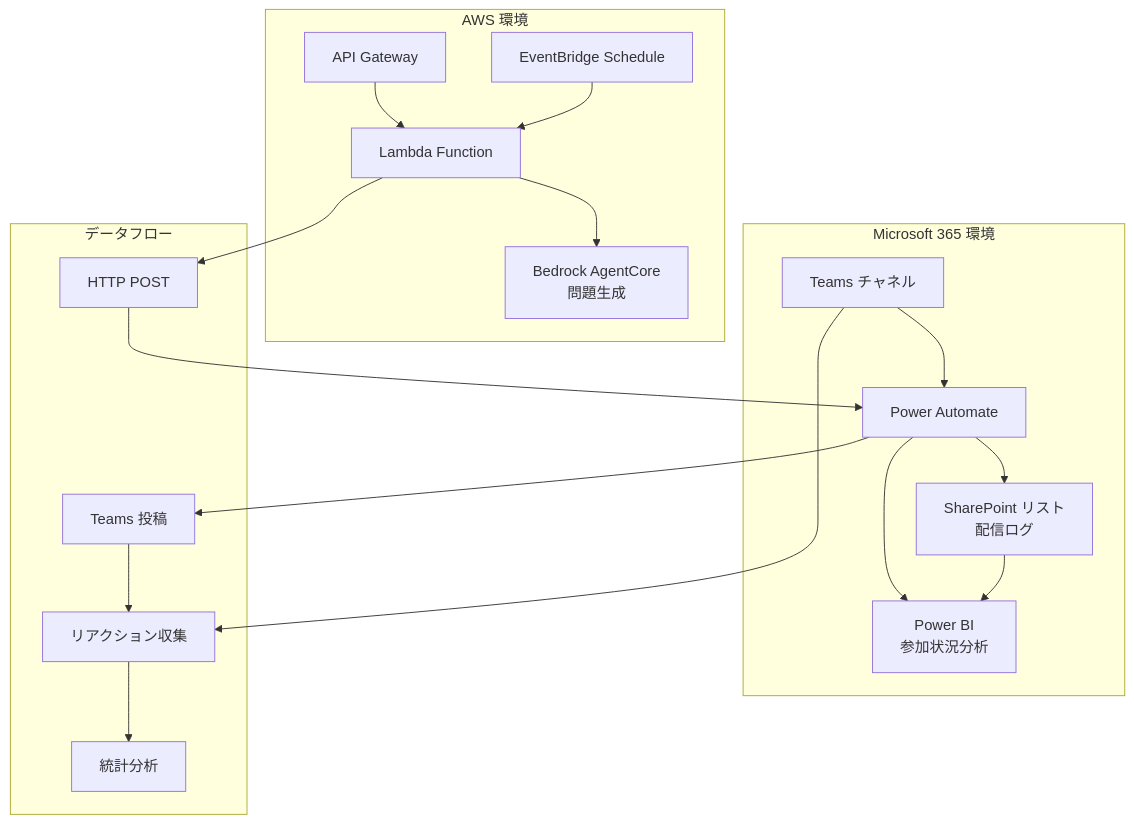
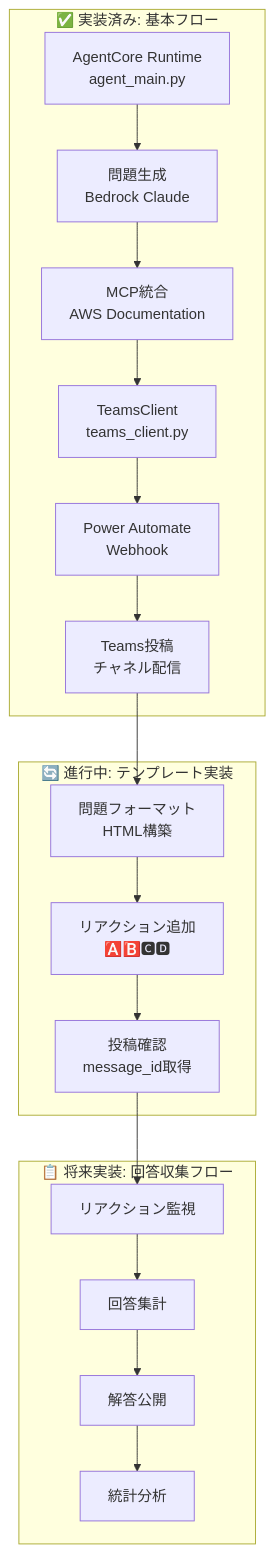
One commit to kobank-t/aws-exam-agent changed the third of 3 diagrams in .kiro/specs/aws-exam-agent/design/04-teams-integration.md. Above: the diagram before and after it, drawn with Mermaid. The commit also changed other lines of this file and 11 other files, not shown here.

````diff
--- a/.kiro/specs/aws-exam-agent/design/04-teams-integration.md
+++ b/.kiro/specs/aws-exam-agent/design/04-teams-integration.md
@@ -177,25 +200,24 @@
 ```mermaid
 graph TB
-    subgraph "Microsoft 365 環境"
-        A[Teams チャネル] --> B[Power Automate]
-        B --> C[SharePoint リスト<br/>配信ログ]
-        B --> D[Power BI<br/>参加状況分析]
+    subgraph "✅ 実装済み: 基本フロー"
+        A[AgentCore Runtime<br/>agent_main.py] --> B[問題生成<br/>Bedrock Claude]
+        B --> C[MCP統合<br/>AWS Documentation]
+        C --> D[TeamsClient<br/>teams_client.py]
+        D --> E[Power Automate<br/>Webhook]
+        E --> F[Teams投稿<br/>チャネル配信]
     end
 
-    subgraph "AWS 環境"
-        E[API Gateway] --> F[Lambda Function]
-        F --> G[Bedrock AgentCore<br/>問題生成]
-        H[EventBridge Schedule] --> F
+    subgraph "🔄 進行中: テンプレート実装"
+        G[問題フォーマット<br/>HTML構築] --> H[リアクション追加<br/>🅰️🅱️🅲️🅳️]
+        H --> I[投稿確認<br/>message_id取得]
     end
 
-    subgraph "データフロー"
-        F --> I[HTTP POST]
-        I --> B
-        B --> J[Teams 投稿]
-        J --> K[リアクション収集]
-        K --> L[統計分析]
+    subgraph "📋 将来実装: 回答収集フロー"
+        J[リアクション監視] --> K[回答集計]
+        K --> L[解答公開]
+        L --> M[統計分析]
     end
 
-    A --> K
-    C --> D
+    F --> G
+    I --> J
 ```
````
